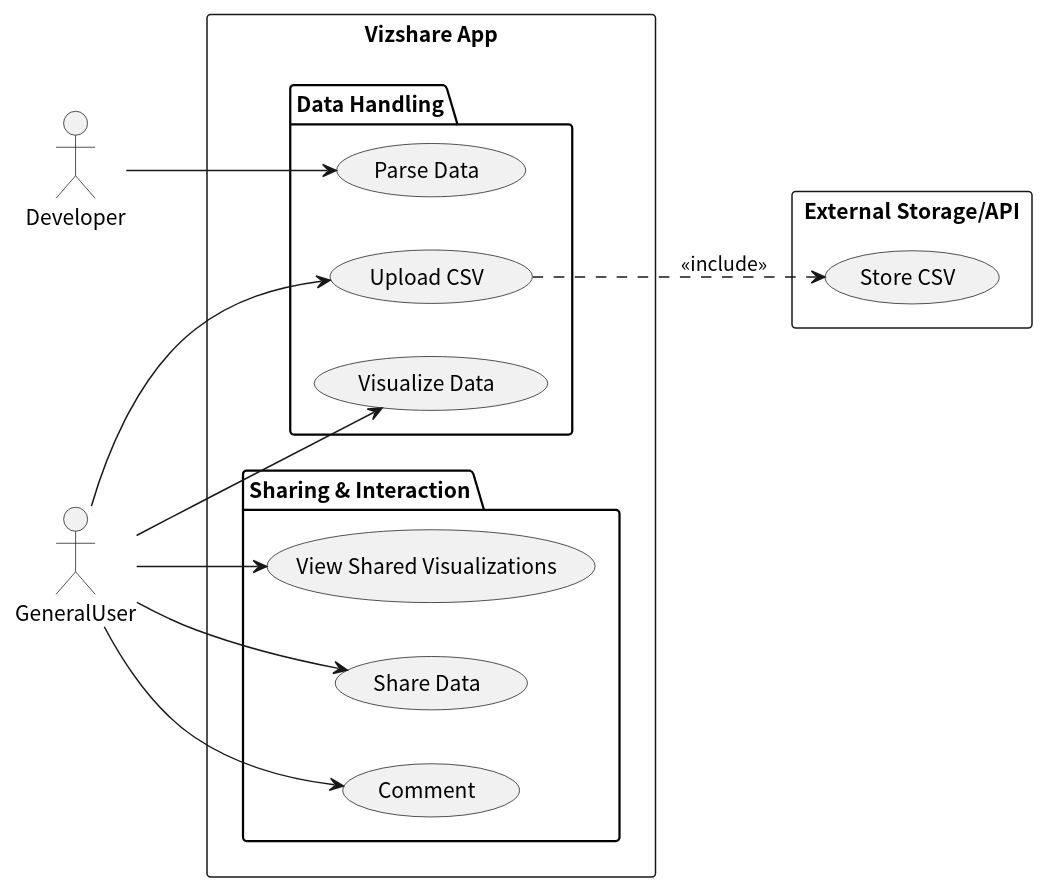
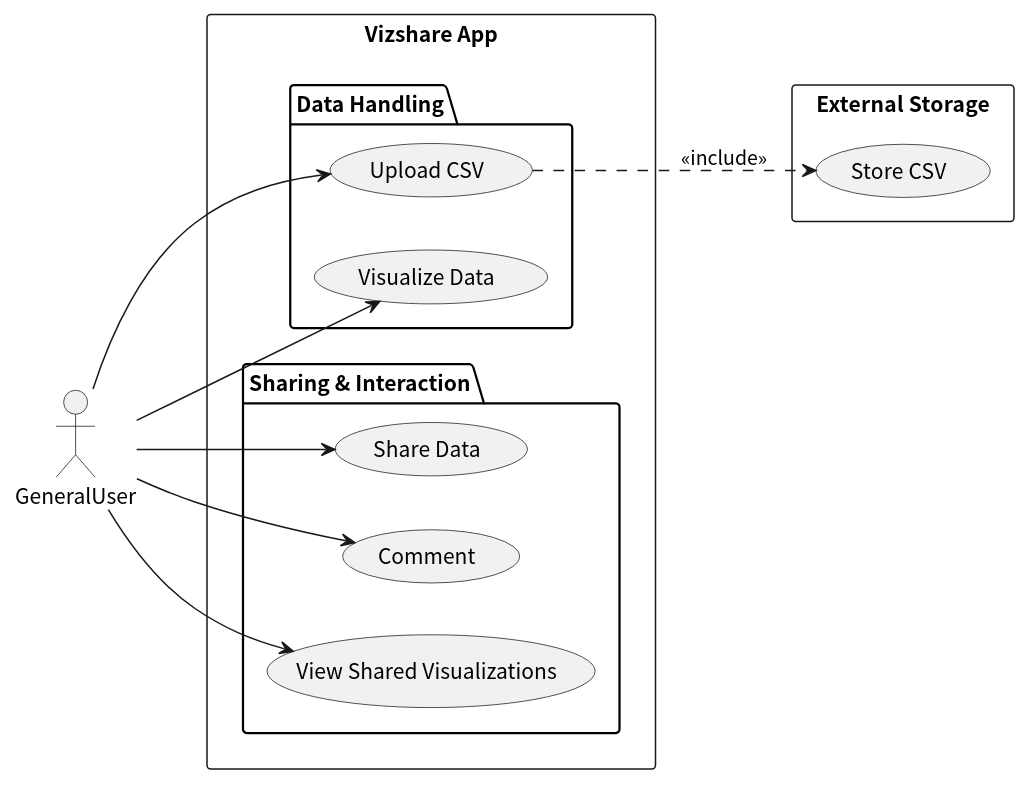
Before and after one commit to tomoki-shiozaki/vizshare: the diagram in docs/usecase/usecase.puml, drawn with PlantUML.

Commit message:
docs(usecase diagram): add usecase diagram

```diff
--- a/docs/usecase/usecase.puml
+++ b/docs/usecase/usecase.puml
@@ -1,37 +1,32 @@
 @startuml vizshare_use
 skinparam defaultFontName "Noto Sans CJK JP"
 left to right direction
 
 actor GeneralUser as generalUser
-actor Developer as developer
 
 rectangle "Vizshare App" {
   package "Data Handling" {
     (Upload CSV)
-    (Parse Data)
     (Visualize Data)
   }
   
   package "Sharing & Interaction" {
     (Share Data)
     (Comment)
     (View Shared Visualizations)
   }
 }
 
-rectangle "External Storage/API" {
+rectangle "External Storage" {
   (Store CSV)
 }
 
 ' Actors interactions
 generalUser --> (Upload CSV)
+(Upload CSV) ..> (Store CSV) : <<include>>
 generalUser --> (Visualize Data)
 generalUser --> (Share Data)
 generalUser --> (Comment)
 generalUser --> (View Shared Visualizations)
 
-developer --> (Parse Data)
-
-(Upload CSV) ..> (Store CSV) : <<include>>
-
 @enduml
```
